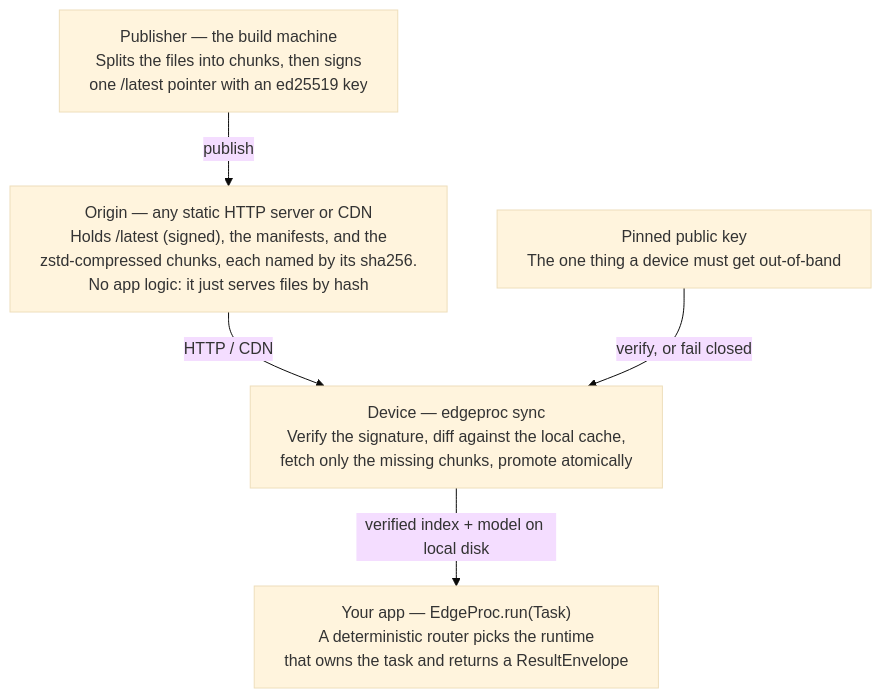
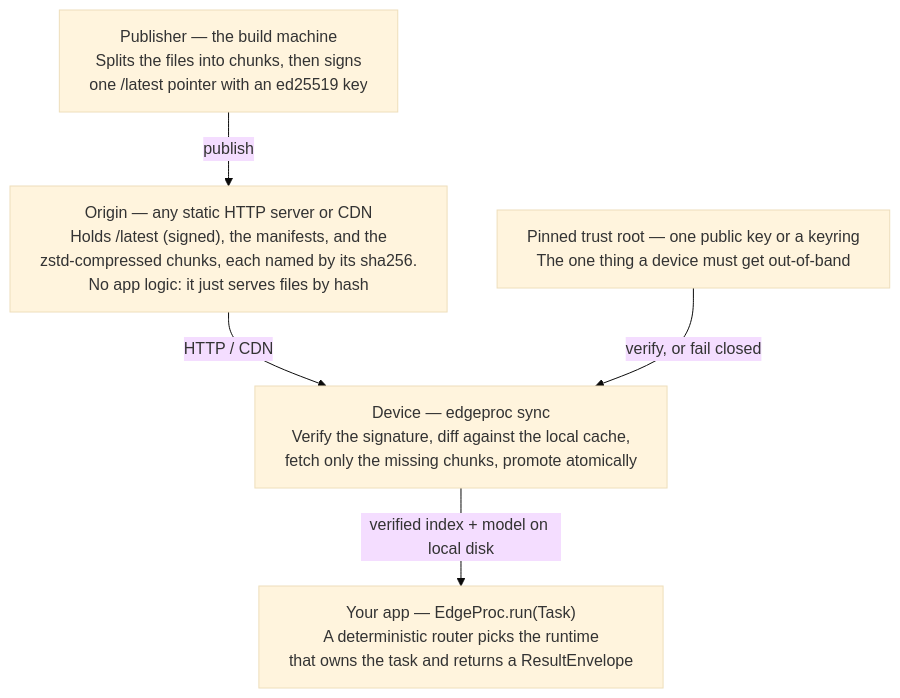
The first of 3 diagrams in docs/ARCHITECTURE.md (hseshadr/edge-proc), drawn with Mermaid (base theme) before and after one commit. The commit also changed other lines of this file and 26 other files, not shown here.

````diff
--- a/docs/ARCHITECTURE.md
+++ b/docs/ARCHITECTURE.md
@@ -13,14 +13,14 @@
 ```mermaid
 %%{init: {"flowchart": {"wrappingWidth": 460}}}%%
 flowchart TD
     pub["Publisher — the build machine<br/>Splits the files into chunks, then signs<br/>one /latest pointer with an ed25519 key"]
     origin["Origin — any static HTTP server or CDN<br/>Holds /latest (signed), the manifests, and the<br/>zstd-compressed chunks, each named by its sha256.<br/>No app logic: it just serves files by hash"]
-    key["Pinned public key<br/>The one thing a device must get out-of-band"]
+    key["Pinned trust root — one public key or a keyring<br/>The one thing a device must get out-of-band"]
     dev["Device — edgeproc sync<br/>Verify the signature, diff against the local cache,<br/>fetch only the missing chunks, promote atomically"]
     app["Your app — EdgeProc.run(Task)<br/>A deterministic router picks the runtime<br/>that owns the task and returns a ResultEnvelope"]
 
     pub -->|"publish"| origin
     origin -->|"HTTP / CDN"| dev
     key -->|"verify, or fail closed"| dev
     dev -->|"verified index + model on local disk"| app
 ```
````
